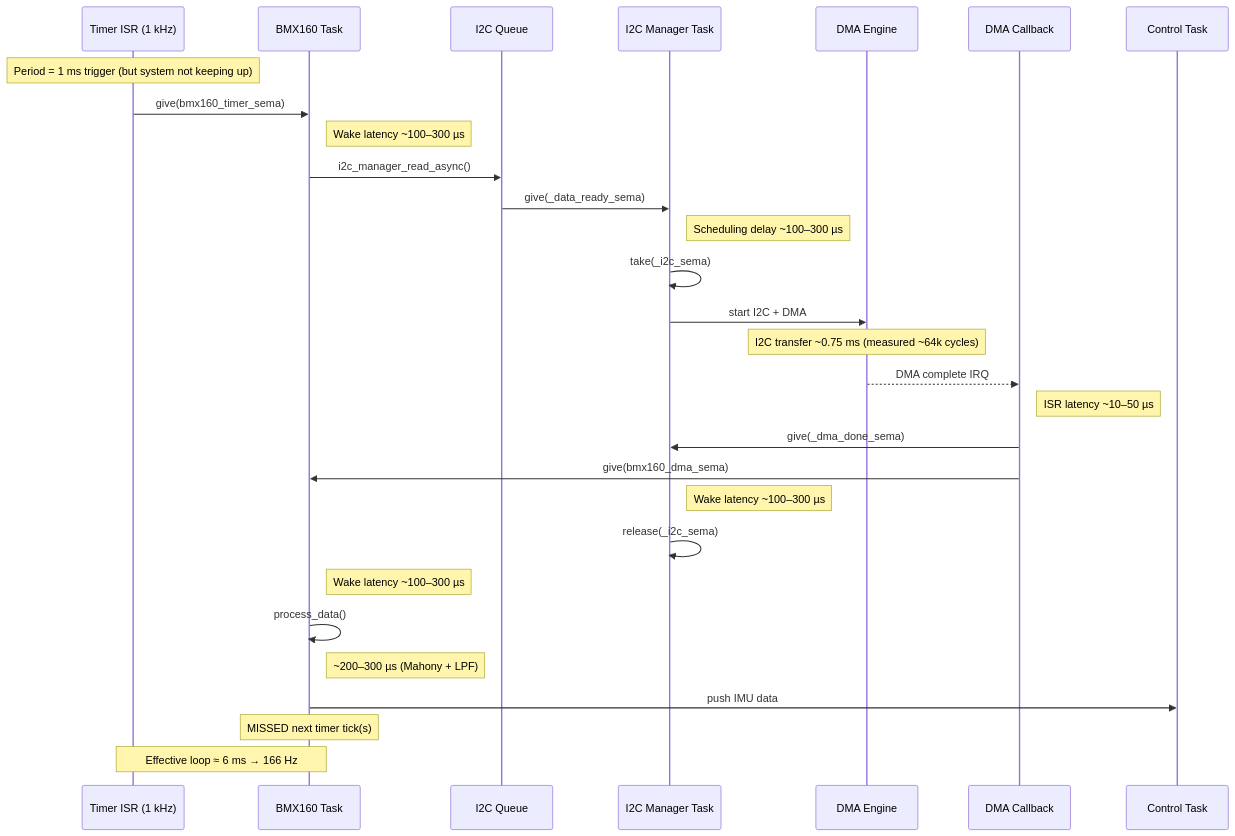
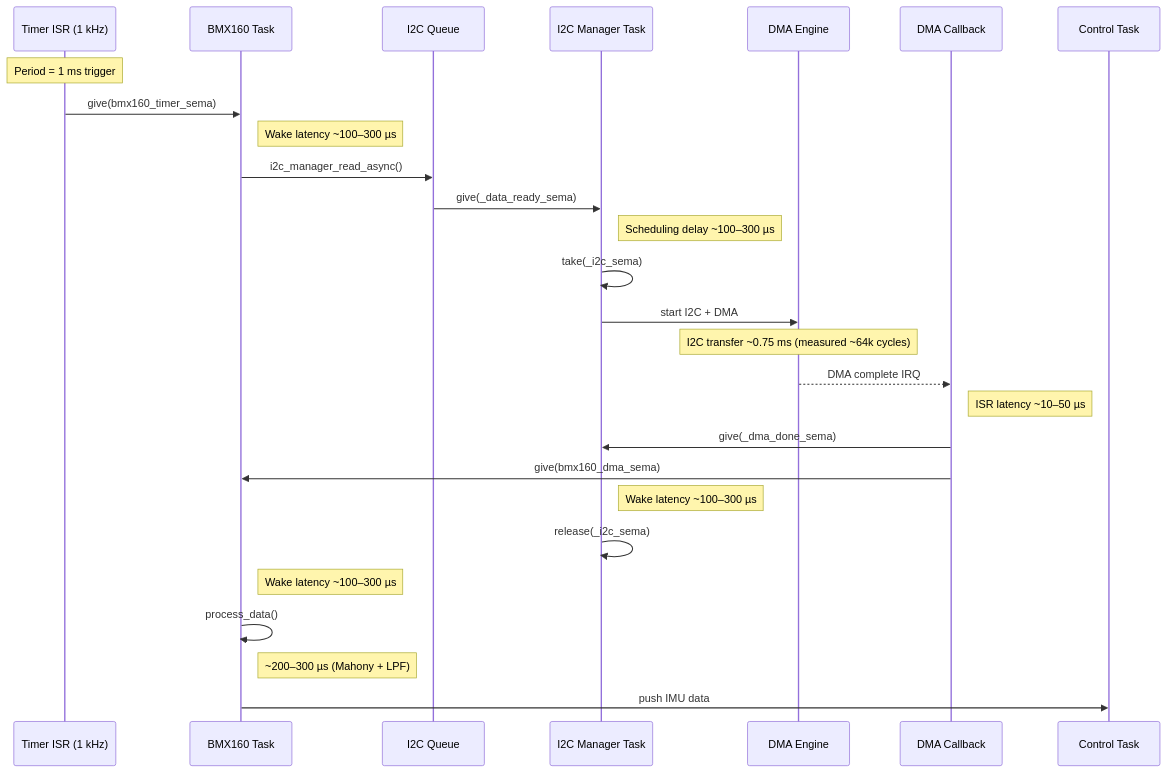
One commit to ragnar-vallhala/vayu changed the second of 2 diagrams in docs/imu/sensor_data_flow.md. Above: the diagram before and after it, drawn with Mermaid. The commit also changed other lines of this file and 44 other files, not shown here.

````diff
--- a/docs/imu/sensor_data_flow.md
+++ b/docs/imu/sensor_data_flow.md
@@ -55,45 +55,42 @@
 ```mermaid
 sequenceDiagram
     participant T as Timer ISR (1 kHz)
     participant IMU as BMX160 Task
     participant Q as I2C Queue
     participant I2C as I2C Manager Task
     participant DMA as DMA Engine
     participant ISR as DMA Callback
     participant CTRL as Control Task
 
-    Note over T: Period = 1 ms trigger (but system not keeping up)
+    Note over T: Period = 1 ms trigger
 
     T->>IMU: give(bmx160_timer_sema)
     Note right of IMU: Wake latency ~100–300 µs
 
     IMU->>Q: i2c_manager_read_async()
     Q->>I2C: give(_data_ready_sema)
 
     Note right of I2C: Scheduling delay ~100–300 µs
 
     I2C->>I2C: take(_i2c_sema)
     I2C->>DMA: start I2C + DMA
 
     Note over DMA: I2C transfer ~0.75 ms  (measured ~64k cycles)
 
     DMA-->>ISR: DMA complete IRQ
 
     Note right of ISR: ISR latency ~10–50 µs
 
     ISR->>I2C: give(_dma_done_sema)
     ISR->>IMU: give(bmx160_dma_sema)
 
     Note right of I2C: Wake latency ~100–300 µs
     I2C->>I2C: release(_i2c_sema)
 
     Note right of IMU: Wake latency ~100–300 µs
 
     IMU->>IMU: process_data()
     Note right of IMU: ~200–300 µs (Mahony + LPF)
 
     IMU->>CTRL: push IMU data
-
-    Note over IMU: MISSED next timer tick(s)
-    Note over T,IMU: Effective loop ≈ 6 ms → 166 Hz
 ```
````
